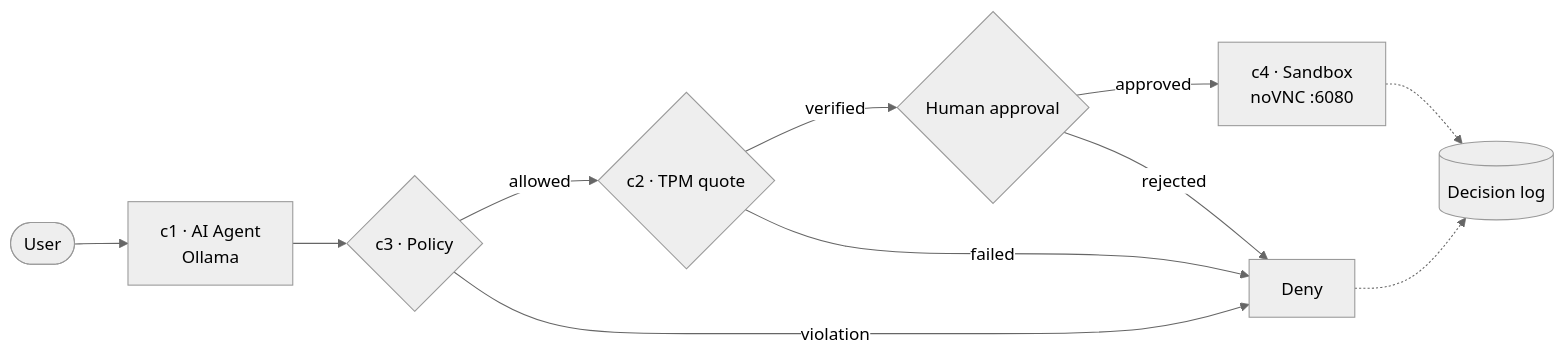
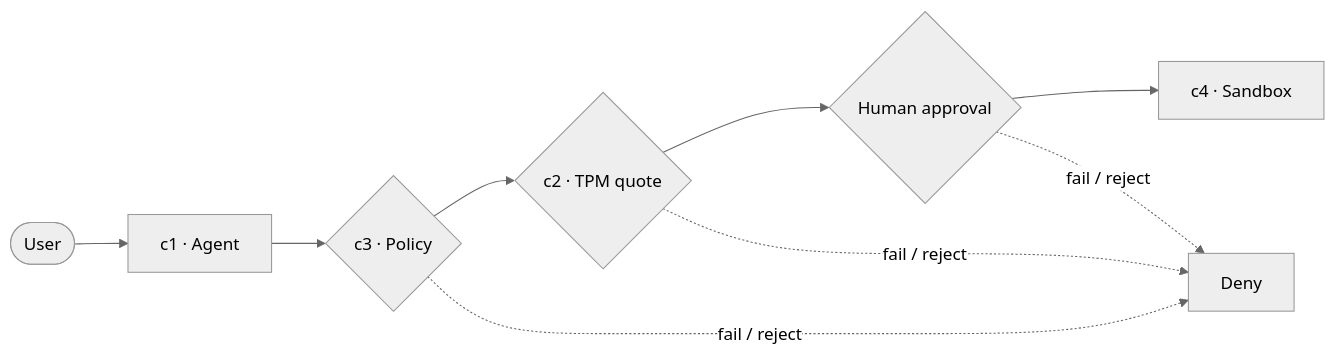
One commit to SurendraS26/trustedge changed the diagram in README.md. Above: the diagram before and after it, drawn with Mermaid (neutral theme). The commit also changed other lines of this file, not shown here.

````diff
--- a/README.md
+++ b/README.md
@@ -65,15 +66,5 @@
 ```mermaid
 flowchart LR
-    U([User]) --> A[c1 · AI Agent<br/>Ollama]
-    A --> P{c3 · Policy}
-    P -->|allowed| T{c2 · TPM quote}
-    T -->|verified| H{Human approval}
-    H -->|approved| S[c4 · Sandbox<br/>noVNC :6080]
-
-    P -->|violation| D[Deny]
-    T -->|failed| D
-    H -->|rejected| D
-
-    S -.-> L[(Decision log)]
-    D -.-> L
+    U([User]) --> A[c1 · Agent] --> P{c3 · Policy} --> T{c2 · TPM quote} --> H{Human approval} --> S[c4 · Sandbox]
+    P & T & H -.->|fail / reject| D[Deny]
 ```
````
